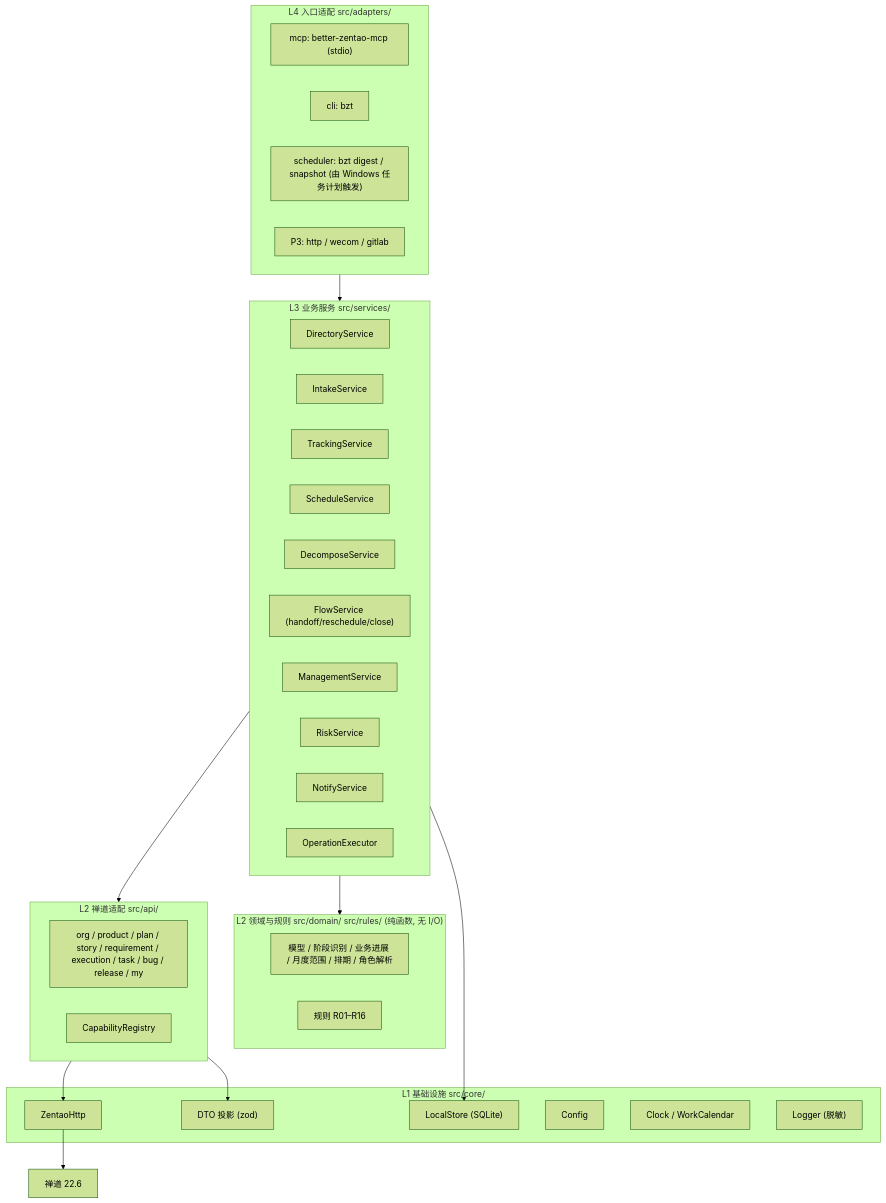
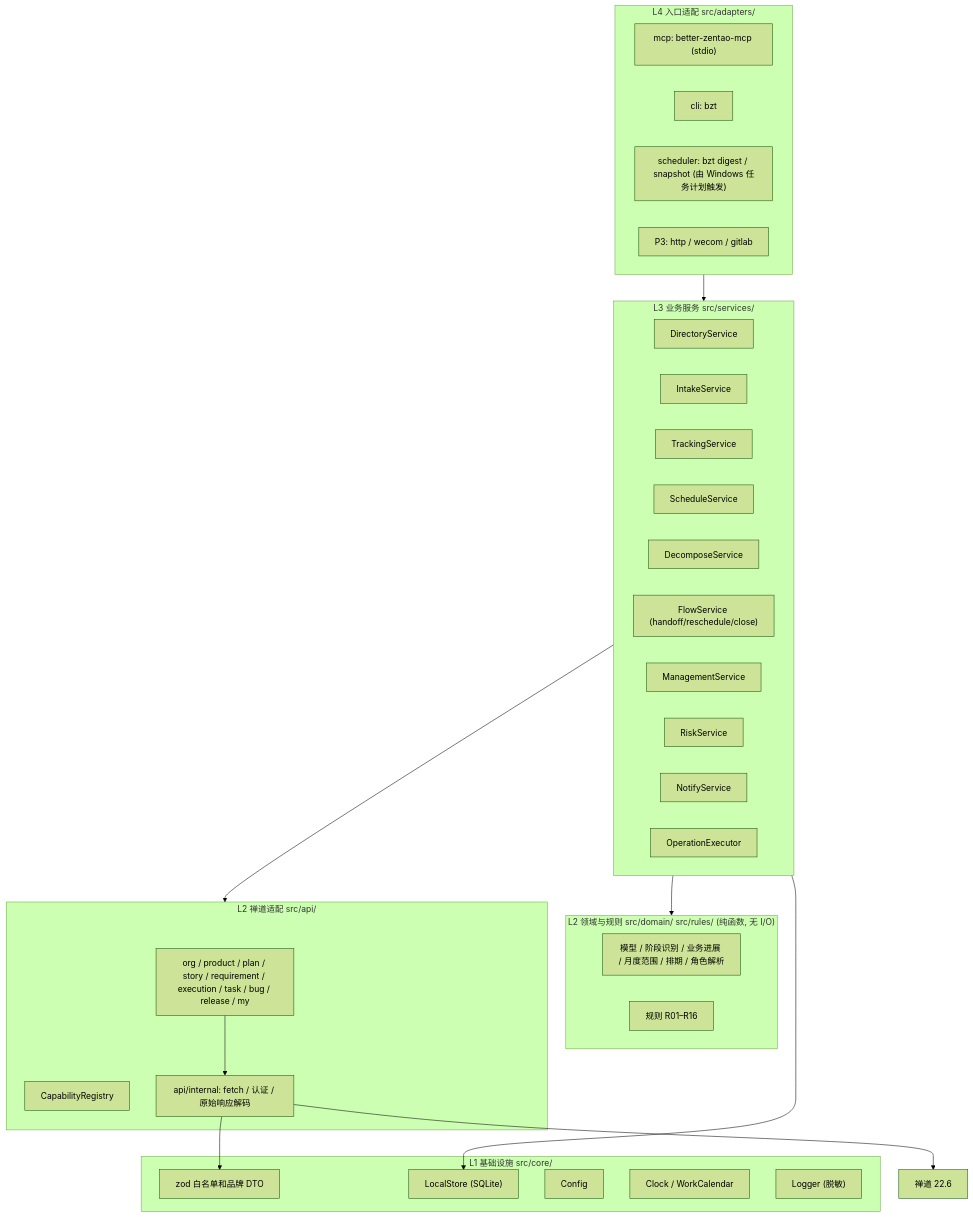
One commit to Dylan5237/better-zentao changed the first of 2 diagrams in docs/05-系统架构.md. Above: the diagram before and after it, drawn with Mermaid (forest theme). The commit also changed other lines of this file and 4 other files, not shown here.

````diff
--- a/docs/05-系统架构.md
+++ b/docs/05-系统架构.md
@@ -18,44 +18,44 @@
 ```mermaid
 flowchart TD
     subgraph L4["L4 入口适配 src/adapters/"]
         MCP["mcp: better-zentao-mcp (stdio)"]
         CLI["cli: bzt"]
         SCH["scheduler: bzt digest / snapshot (由 Windows 任务计划触发)"]
         FUT["P3: http / wecom / gitlab"]
     end
     subgraph L3["L3 业务服务 src/services/"]
         DIR["DirectoryService"]
         INT["IntakeService"]
         TRK["TrackingService"]
         SCD["ScheduleService"]
         DEC["DecomposeService"]
         FLW["FlowService (handoff/reschedule/close)"]
         MGT["ManagementService"]
         RSK["RiskService"]
         NTF["NotifyService"]
         OPS["OperationExecutor"]
     end
     subgraph L2D["L2 领域与规则 src/domain/ src/rules/ (纯函数, 无 I/O)"]
         DOM["模型 / 阶段识别 / 业务进展 / 月度范围 / 排期 / 角色解析"]
         RUL["规则 R01–R16"]
     end
     subgraph L2A["L2 禅道适配 src/api/"]
         API["org / product / plan / story / requirement / execution / task / bug / release / my"]
         CAP["CapabilityRegistry"]
+        HTTP["api/internal: fetch / 认证 / 原始响应解码"]
     end
     subgraph L1["L1 基础设施 src/core/"]
-        HTTP["ZentaoHttp"]
-        DTO["DTO 投影 (zod)"]
+        DTO["zod 白名单和品牌 DTO"]
         STORE["LocalStore (SQLite)"]
         CFG["Config"]
         CLK["Clock / WorkCalendar"]
         LOG["Logger (脱敏)"]
     end
     L4 --> L3
     L3 --> L2D
     L3 --> L2A
     L3 --> STORE
-    L2A --> HTTP
-    L2A --> DTO
+    API --> HTTP
+    HTTP --> DTO
     HTTP --> ZT["禅道 22.6"]
 ```
````
